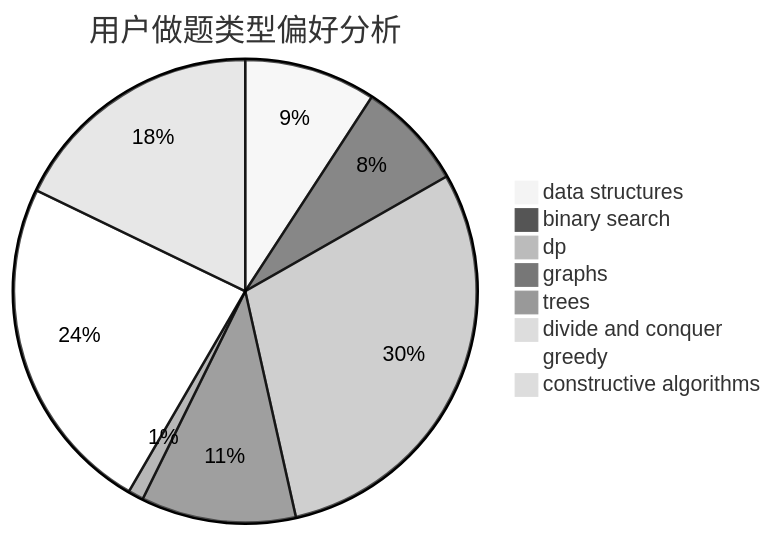
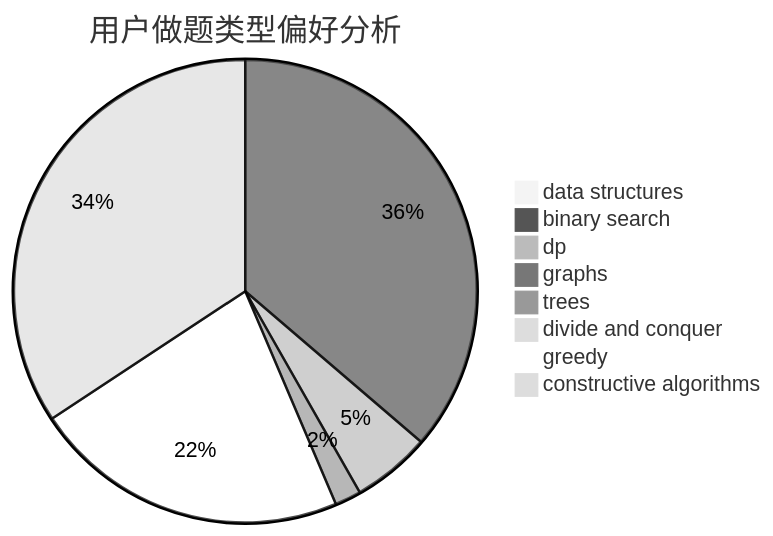
The second of 3 diagrams in docs/user/u479.md (sherpahu/cfrs.github.io), drawn with Mermaid (neutral theme) before and after one commit. The commit also changed other lines of this file and 2770 other files, not shown here.

````diff
--- a/docs/user/u479.md
+++ b/docs/user/u479.md
@@ -23,11 +23,11 @@
 ```mermaid
 pie title 用户做题类型偏好分析
-    "data structures" :  17
-    "binary search" :  14
-    "dp" :  55
-    "graphs" :  20
-    "trees" :  2
+    "data structures" :  3
+    "binary search" :  218
+    "dp" :  33
+    "graphs" :  0
+    "trees" :  11
     "divide and conquer" :  0
-    "greedy" :  44
-    "constructive algorithms" :  33
+    "greedy" :  133
+    "constructive algorithms" :  206
 ```
````
